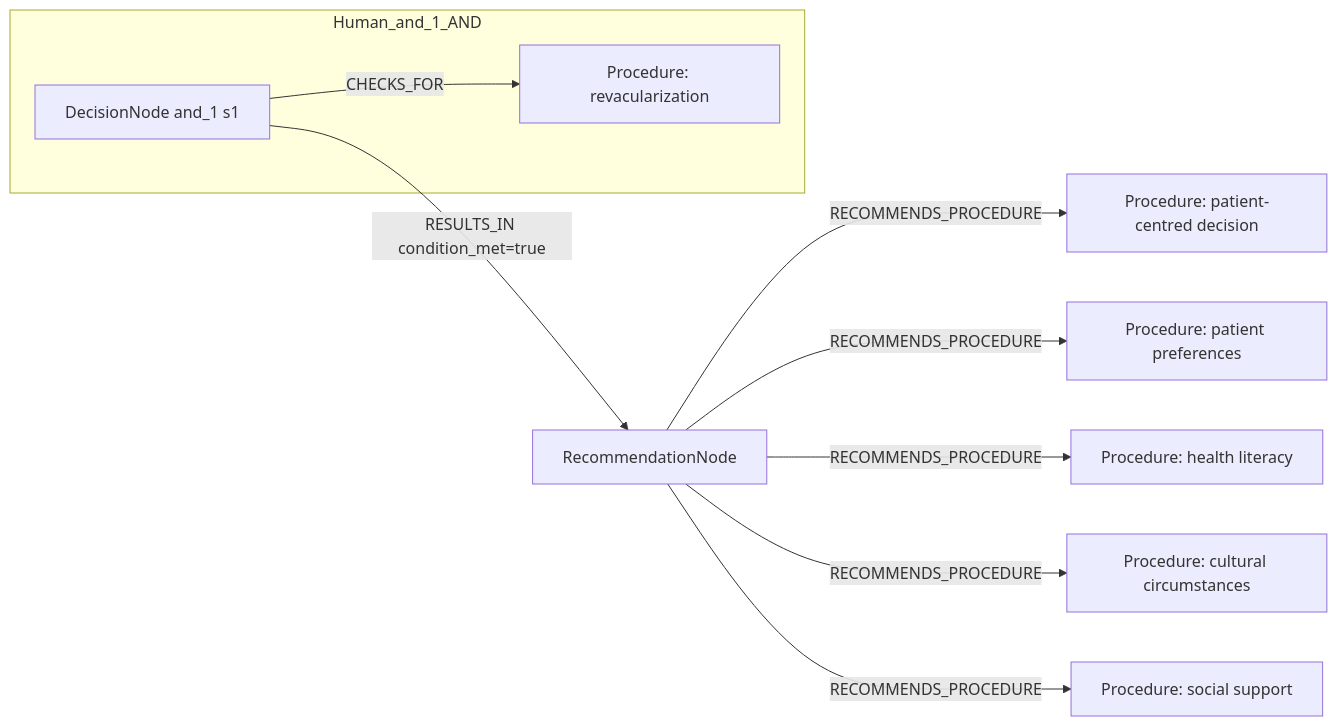
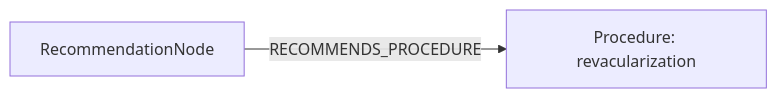
One commit to dieterich-lab/CardioGuidelinesGraph changed the first of 2 diagrams in docs/table22_rows_comparison/row_04.md. Above: the diagram before and after it, drawn with Mermaid. The commit also changed other lines of this file and 20 other files, not shown here.

````diff
--- a/docs/table22_rows_comparison/row_04.md
+++ b/docs/table22_rows_comparison/row_04.md
@@ -456,20 +441,6 @@
 ```mermaid
 graph LR
   REC[RecommendationNode]
-  ACT1[Procedure: patient-centred decision]
+  ACT1[Procedure: revacularization]
   REC -->|RECOMMENDS_PROCEDURE| ACT1
-  ACT2[Procedure: patient preferences]
-  REC -->|RECOMMENDS_PROCEDURE| ACT2
-  ACT3[Procedure: health literacy]
-  REC -->|RECOMMENDS_PROCEDURE| ACT3
-  ACT4[Procedure: cultural circumstances]
-  REC -->|RECOMMENDS_PROCEDURE| ACT4
-  ACT5[Procedure: social support]
-  REC -->|RECOMMENDS_PROCEDURE| ACT5
-  subgraph Human_and_1_AND
-    D_and_1_1[DecisionNode and_1 s1]
-    C_and_1_1[Procedure: revacularization]
-    D_and_1_1 -->|CHECKS_FOR| C_and_1_1
-  end
-  D_and_1_1 -->|RESULTS_IN condition_met=true| REC
 ```
````
